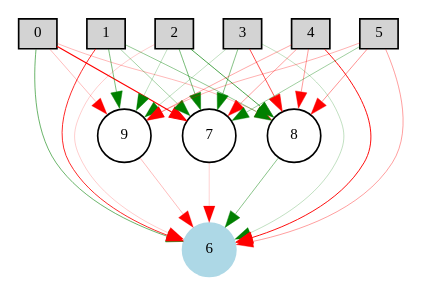
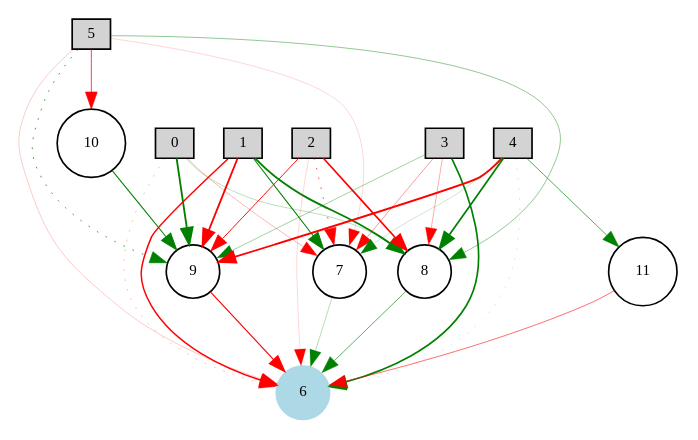
Before and after one commit to arkadyark/PongAI: the diagram in 2015-2016/neat_ai/old/2:26:16/nn_winner.gv, drawn with Graphviz. The commit also changed 37 other files, not shown here.

```diff
--- a/2015-2016/neat_ai/old/2:26:16/nn_winner.gv
+++ b/2015-2016/neat_ai/old/2:26:16/nn_winner.gv
@@ -1,37 +1,41 @@
 digraph {
 	node [fontsize=9 height=0.2 shape=circle width=0.2]
 		0 [shape=box style=filled]
 		1 [shape=box style=filled]
 		2 [shape=box style=filled]
 		3 [shape=box style=filled]
 		4 [shape=box style=filled]
 		5 [shape=box style=filled]
 		6 [color=lightblue style=filled]
-			5 -> 9 [color=red penwidth=0.187110933202 style=solid]
-			4 -> 7 [color=red penwidth=0.229015806464 style=solid]
-			4 -> 8 [color=red penwidth=0.243534235532 style=solid]
-			5 -> 6 [color=red penwidth=0.227740080423 style=solid]
-			2 -> 8 [color=green penwidth=0.429068330701 style=solid]
-			0 -> 7 [color=red penwidth=0.690366725942 style=solid]
-			1 -> 6 [color=red penwidth=0.502106928483 style=solid]
-			3 -> 7 [color=green penwidth=0.294170032416 style=solid]
-			5 -> 8 [color=red penwidth=0.262136097191 style=solid]
-			4 -> 9 [color=red penwidth=0.205646290231 style=solid]
-			2 -> 9 [color=green penwidth=0.149788863459 style=solid]
-			7 -> 6 [color=red penwidth=0.110139157634 style=solid]
-			3 -> 6 [color=green penwidth=0.1463420482 style=solid]
-			8 -> 6 [color=green penwidth=0.276885622209 style=solid]
-			2 -> 6 [color=red penwidth=0.116579774035 style=solid]
-			3 -> 9 [color=green penwidth=0.146425738607 style=solid]
-			1 -> 9 [color=green penwidth=0.313186879672 style=solid]
-			0 -> 8 [color=red penwidth=0.168354787391 style=solid]
-			9 -> 6 [color=red penwidth=0.157584082996 style=solid]
-			2 -> 7 [color=green penwidth=0.324686031144 style=solid]
-			4 -> 6 [color=red penwidth=0.573815077852 style=solid]
-			5 -> 7 [color=green penwidth=0.233371466947 style=solid]
-			3 -> 8 [color=red penwidth=0.420598335541 style=solid]
-			0 -> 6 [color=green penwidth=0.353728490096 style=solid]
-			1 -> 8 [color=green penwidth=0.258806869949 style=solid]
-			1 -> 7 [color=green penwidth=0.21304113933 style=solid]
-			0 -> 9 [color=red penwidth=0.158353396598 style=solid]
+			5 -> 9 [color=green penwidth=0.447821394303 style=dotted]
+			4 -> 7 [color=green penwidth=0.12223112079 style=solid]
+			4 -> 8 [color=green penwidth=1.03039774423 style=solid]
+			5 -> 6 [color=red penwidth=0.128313712359 style=solid]
+			2 -> 8 [color=red penwidth=0.992174455445 style=solid]
+			0 -> 7 [color=red penwidth=0.181136802415 style=solid]
+			1 -> 6 [color=red penwidth=0.876361536796 style=solid]
+			3 -> 7 [color=red penwidth=0.23663591882 style=solid]
+			5 -> 8 [color=green penwidth=0.264509623683 style=solid]
+			4 -> 9 [color=red penwidth=1.1 style=solid]
+			2 -> 9 [color=red penwidth=0.56356219186 style=solid]
+			7 -> 6 [color=green penwidth=0.165585300342 style=solid]
+			3 -> 6 [color=green penwidth=0.999734995422 style=solid]
+			8 -> 6 [color=green penwidth=0.376710483828 style=solid]
+			10 -> 9 [color=green penwidth=0.617056390366 style=solid]
+			2 -> 6 [color=red penwidth=0.10342865607 style=solid]
+			3 -> 9 [color=green penwidth=0.221573385783 style=solid]
+			1 -> 9 [color=red penwidth=1.1 style=solid]
+			0 -> 8 [color=green penwidth=0.159706728741 style=solid]
+			9 -> 6 [color=red penwidth=0.689426472457 style=solid]
+			4 -> 11 [color=green penwidth=0.395548660193 style=solid]
+			2 -> 7 [color=red penwidth=0.398673996611 style=dotted]
+			5 -> 10 [color=red penwidth=0.453607877026 style=solid]
+			4 -> 6 [color=green penwidth=0.100020454994 style=dotted]
+			5 -> 7 [color=red penwidth=0.102051612322 style=solid]
+			3 -> 8 [color=red penwidth=0.197342748691 style=solid]
+			0 -> 6 [color=red penwidth=0.176080828106 style=dotted]
+			1 -> 8 [color=green penwidth=1.1 style=solid]
+			1 -> 7 [color=green penwidth=0.61584828945 style=solid]
+			0 -> 9 [color=green penwidth=1.1 style=solid]
+			11 -> 6 [color=red penwidth=0.335219445727 style=solid]
 }
```
